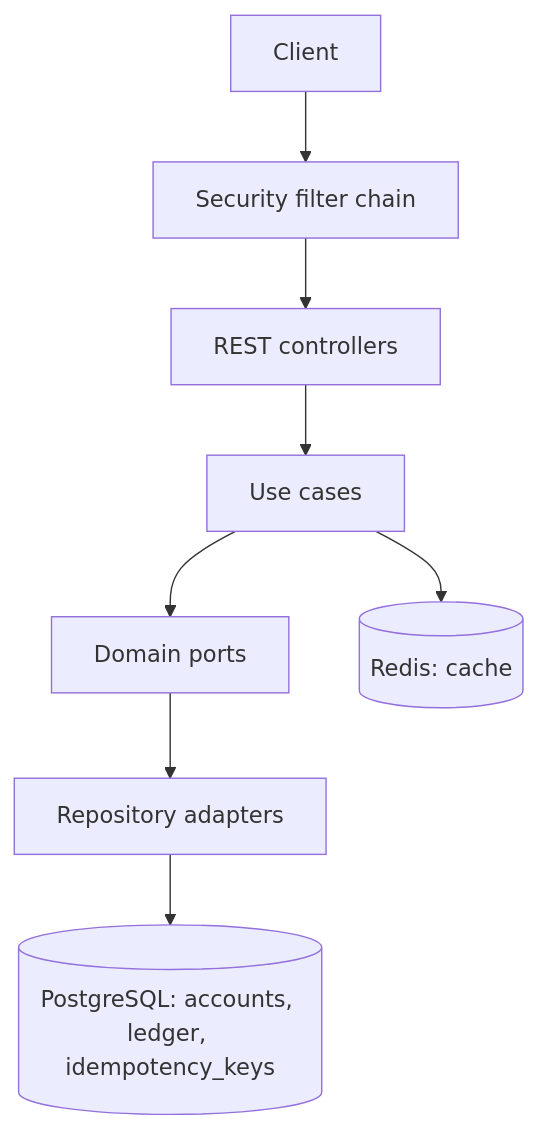
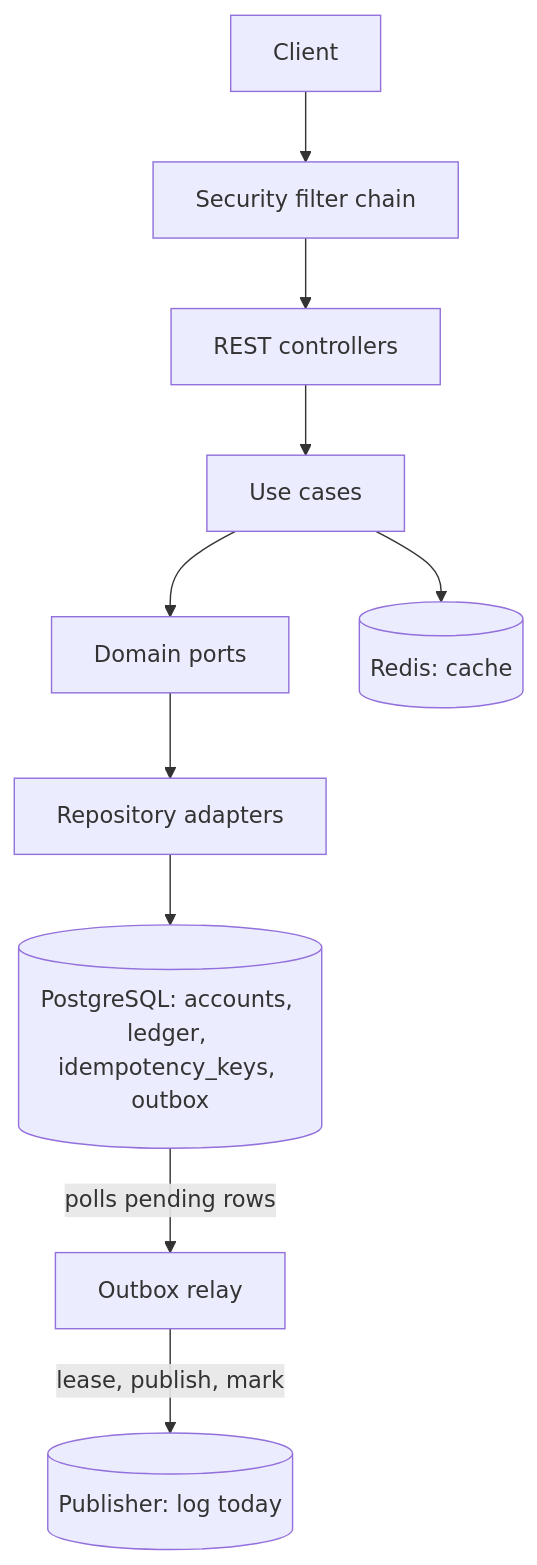
One commit to rubenbecerra/banking-api changed the diagram in README.md. Above: the diagram before and after it, drawn with Mermaid. The commit also changed other lines of this file and 3 other files, not shown here.

````diff
--- a/README.md
+++ b/README.md
@@ -67,10 +70,12 @@
 ```mermaid
 flowchart TD
     A[Client] --> B[Security filter chain]
     B --> C[REST controllers]
     C --> D[Use cases]
     D --> E[Domain ports]
     E --> F[Repository adapters]
-    F --> G[(PostgreSQL: accounts, ledger, idempotency_keys)]
+    F --> G[(PostgreSQL: accounts, ledger, idempotency_keys, outbox)]
     D --> H[(Redis: cache)]
+    G -- polls pending rows --> I[Outbox relay]
+    I -- lease, publish, mark --> J[(Publisher: log today)]
 ```
````
